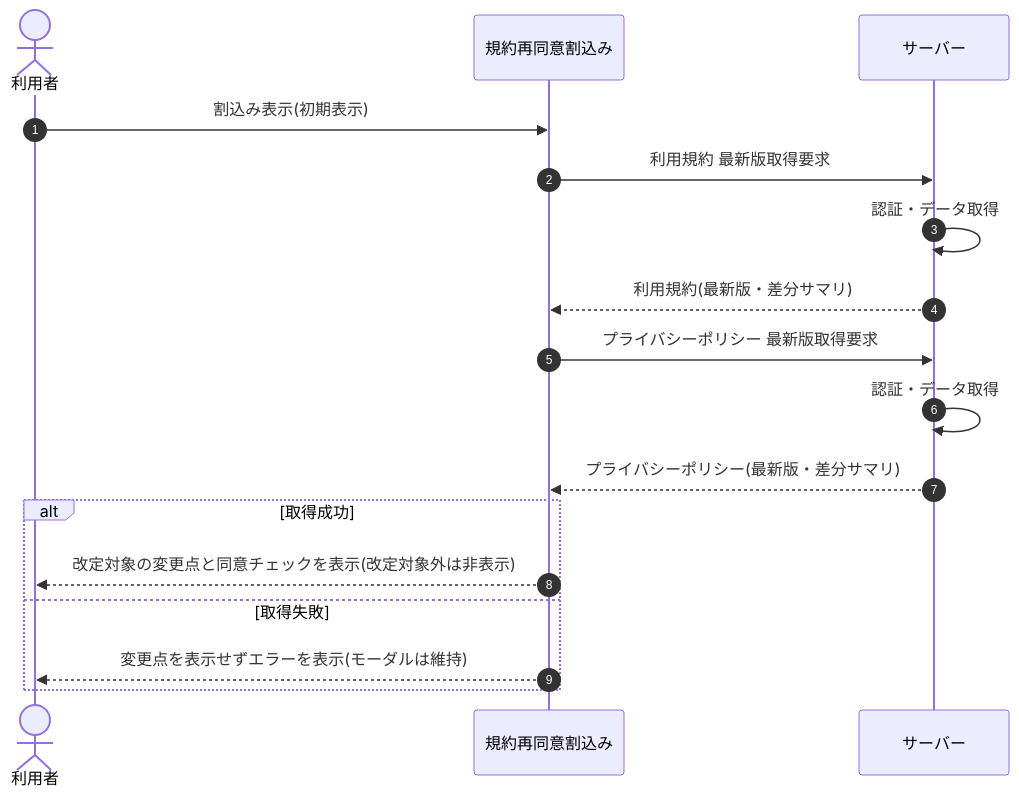
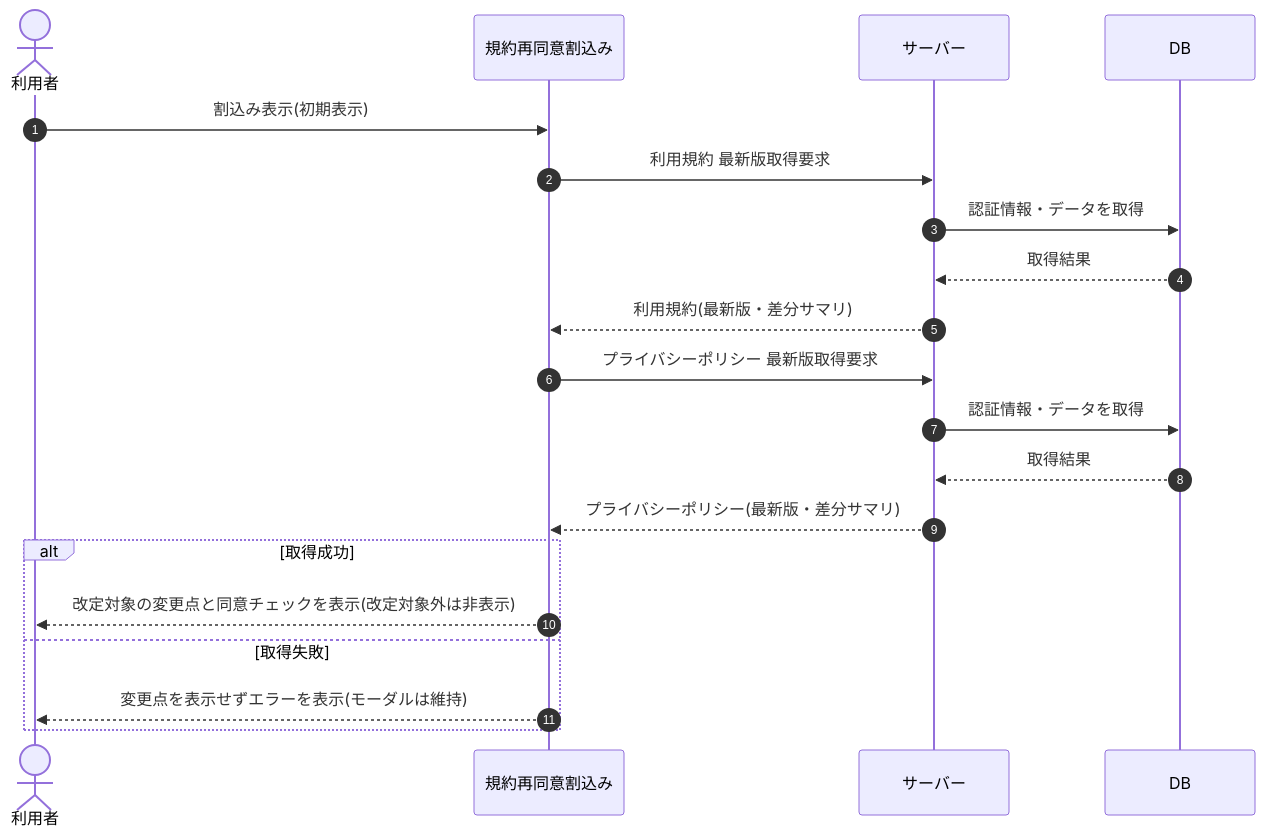
Before and after one commit to sikakou54/open-faq: the diagram in 02_basic_design/03_sequences/SEQ-067.md, drawn with Mermaid. The commit also changed other lines of this file and 122 other files, not shown here.

First line of the commit message:
シーケンス図に DB アクターを追加(DB 操作をサーバー自己メッセージから分離)

````diff
--- a/02_basic_design/03_sequences/SEQ-067.md
+++ b/02_basic_design/03_sequences/SEQ-067.md
@@ -26,19 +26,22 @@
 ```mermaid
 sequenceDiagram
   autonumber
   actor U as 利用者
   participant Screen as 規約再同意割込み
   participant Server as サーバー
+  participant DB as DB
   U->>Screen: 割込み表示(初期表示)
   Screen->>Server: 利用規約 最新版取得要求
-  Server->>Server: 認証・データ取得
+  Server->>DB: 認証情報・データを取得
+  DB-->>Server: 取得結果
   Server-->>Screen: 利用規約(最新版・差分サマリ)
   Screen->>Server: プライバシーポリシー 最新版取得要求
-  Server->>Server: 認証・データ取得
+  Server->>DB: 認証情報・データを取得
+  DB-->>Server: 取得結果
   Server-->>Screen: プライバシーポリシー(最新版・差分サマリ)
   alt 取得成功
     Screen-->>U: 改定対象の変更点と同意チェックを表示(改定対象外は非表示)
   else 取得失敗
     Screen-->>U: 変更点を表示せずエラーを表示(モーダルは維持)
   end
 ```
````
